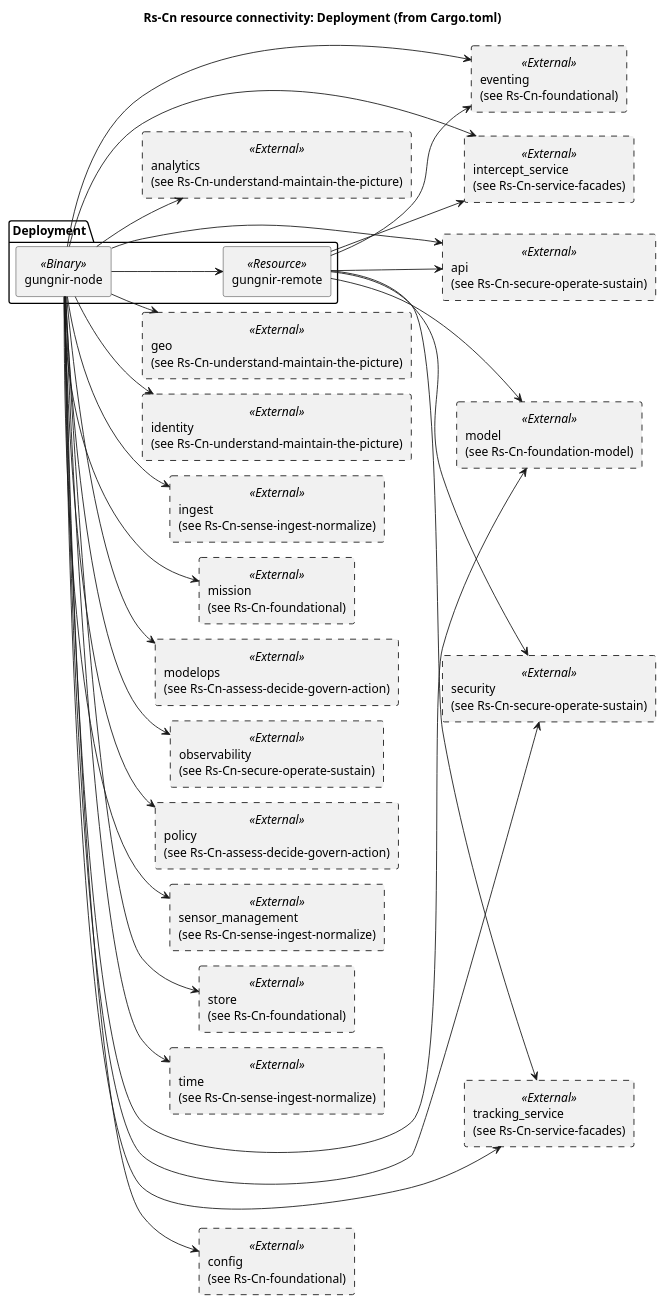
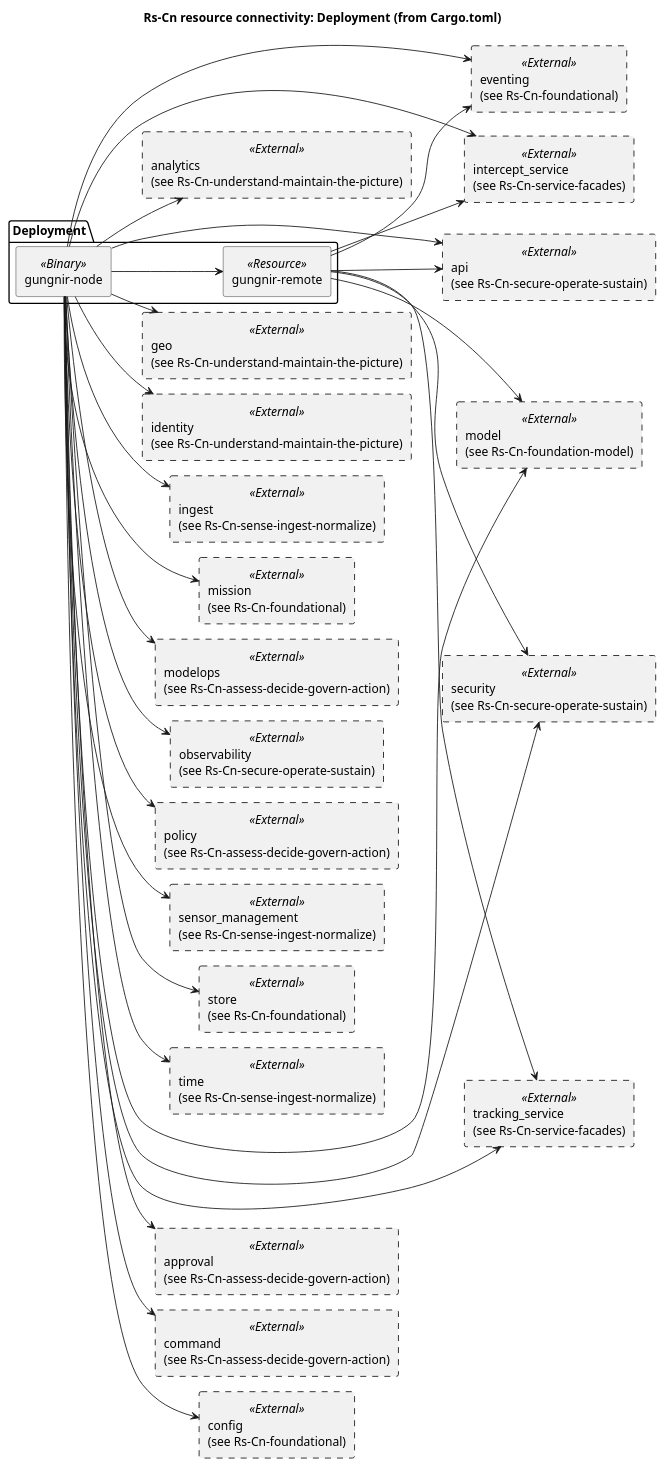
Before and after one commit to WayneRoessling/gungnir: the diagram in docs/architecture/uaf/resources/Rs-Cn-deployment.puml, drawn with PlantUML. The commit also changed 26 other files, not shown here.

```diff
--- a/docs/architecture/uaf/resources/Rs-Cn-deployment.puml
+++ b/docs/architecture/uaf/resources/Rs-Cn-deployment.puml
@@ -1,54 +1,58 @@
 @startuml Rs-Cn-deployment
 title Rs-Cn resource connectivity: Deployment (from Cargo.toml)
 !pragma layout smetana
 skinparam componentStyle rectangle
 skinparam linetype ortho
 left to right direction
 package "Deployment" {
   component "gungnir-node" as RS_node <<Binary>>
   component "gungnir-remote" as RS_remote <<Resource>>
 }
 component "analytics\n(see Rs-Cn-understand-maintain-the-picture)" as RS_analytics <<External>> #line.dashed
 component "api\n(see Rs-Cn-secure-operate-sustain)" as RS_api <<External>> #line.dashed
+component "approval\n(see Rs-Cn-assess-decide-govern-action)" as RS_approval <<External>> #line.dashed
+component "command\n(see Rs-Cn-assess-decide-govern-action)" as RS_command <<External>> #line.dashed
 component "config\n(see Rs-Cn-foundational)" as RS_config <<External>> #line.dashed
 component "eventing\n(see Rs-Cn-foundational)" as RS_eventing <<External>> #line.dashed
 component "geo\n(see Rs-Cn-understand-maintain-the-picture)" as RS_geo <<External>> #line.dashed
 component "identity\n(see Rs-Cn-understand-maintain-the-picture)" as RS_identity <<External>> #line.dashed
 component "ingest\n(see Rs-Cn-sense-ingest-normalize)" as RS_ingest <<External>> #line.dashed
 component "intercept_service\n(see Rs-Cn-service-facades)" as RS_intercept_service <<External>> #line.dashed
 component "mission\n(see Rs-Cn-foundational)" as RS_mission <<External>> #line.dashed
 component "model\n(see Rs-Cn-foundation-model)" as RS_model <<External>> #line.dashed
 component "modelops\n(see Rs-Cn-assess-decide-govern-action)" as RS_modelops <<External>> #line.dashed
 component "observability\n(see Rs-Cn-secure-operate-sustain)" as RS_observability <<External>> #line.dashed
 component "policy\n(see Rs-Cn-assess-decide-govern-action)" as RS_policy <<External>> #line.dashed
 component "security\n(see Rs-Cn-secure-operate-sustain)" as RS_security <<External>> #line.dashed
 component "sensor_management\n(see Rs-Cn-sense-ingest-normalize)" as RS_sensor_management <<External>> #line.dashed
 component "store\n(see Rs-Cn-foundational)" as RS_store <<External>> #line.dashed
 component "time\n(see Rs-Cn-sense-ingest-normalize)" as RS_time <<External>> #line.dashed
 component "tracking_service\n(see Rs-Cn-service-facades)" as RS_tracking_service <<External>> #line.dashed
 RS_node --> RS_model
 RS_node --> RS_config
 RS_node --> RS_mission
 RS_node --> RS_eventing
 RS_node --> RS_store
 RS_node --> RS_time
 RS_node --> RS_ingest
 RS_node --> RS_sensor_management
 RS_node --> RS_tracking_service
 RS_node --> RS_intercept_service
 RS_node --> RS_api
 RS_node --> RS_remote
 RS_node --> RS_security
 RS_node --> RS_modelops
 RS_node --> RS_identity
 RS_node --> RS_policy
 RS_node --> RS_geo
+RS_node --> RS_approval
+RS_node --> RS_command
 RS_node --> RS_analytics
 RS_node --> RS_observability
 RS_remote --> RS_security
 RS_remote --> RS_model
 RS_remote --> RS_eventing
 RS_remote --> RS_api
 RS_remote --> RS_tracking_service
 RS_remote --> RS_intercept_service
 @enduml
```
